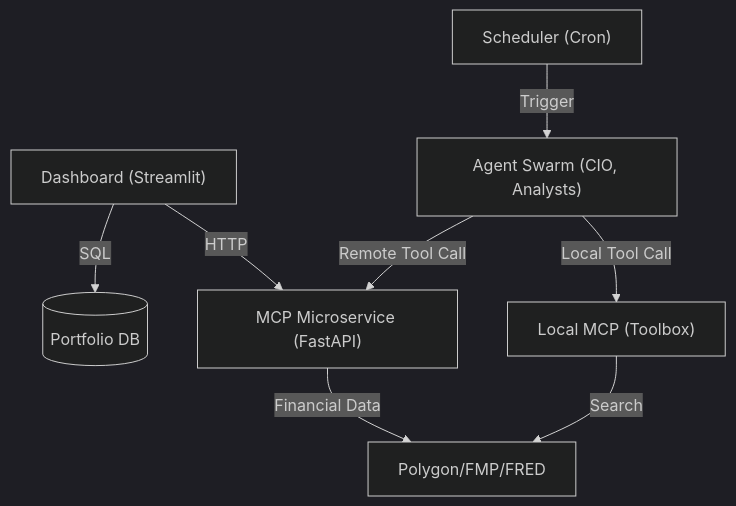
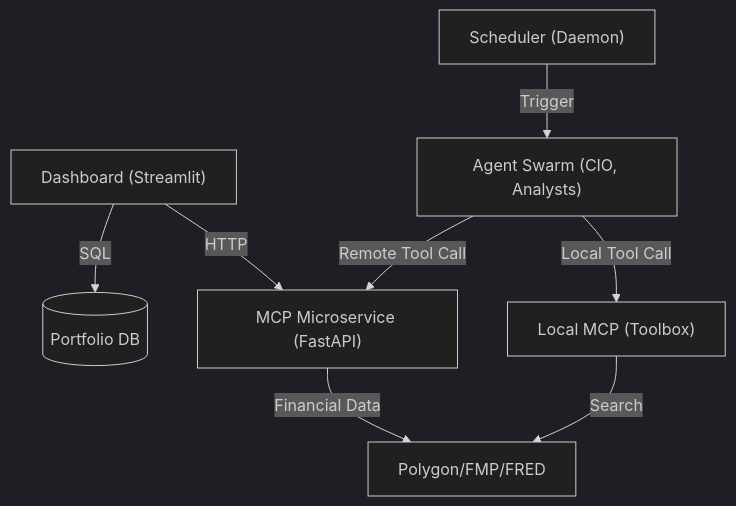
One commit to neohsiung/AI-Investment-Advisor changed the first of 2 diagrams in wiki/04_架構觀點-Architect_Views/系統全景圖-System-Landscape.md. Above: the diagram before and after it, drawn with Mermaid (dark theme). The commit also changed other lines of this file and 50 other files, not shown here.

First line of the commit message:
feat(core): implement service-view architecture and modularize settings | 實作服務與視圖分層架構並組件化設定頁面

````diff
--- a/wiki/04_架構觀點-Architect_Views/系統全景圖-System-Landscape.md
+++ b/wiki/04_架構觀點-Architect_Views/系統全景圖-System-Landscape.md
@@ -29,10 +29,10 @@
 ```mermaid
 graph TD
     UI["Dashboard (Streamlit)"] -->|SQL| DB[(Portfolio DB)]
     UI -->|HTTP| MCP_Serv["MCP Microservice (FastAPI)"]
-    Sch["Scheduler (Cron)"] -->|Trigger| Agents["Agent Swarm (CIO, Analysts)"]
+    Sch["Scheduler (Daemon)"] -->|Trigger| Agents["Agent Swarm (CIO, Analysts)"]
     Agents -->|Local Tool Call| Local["Local MCP (Toolbox)"]
     Agents -->|Remote Tool Call| MCP_Serv
     MCP_Serv -->|Financial Data| APIs[Polygon/FMP/FRED]
     Local -->|Search| APIs
 ```
````
